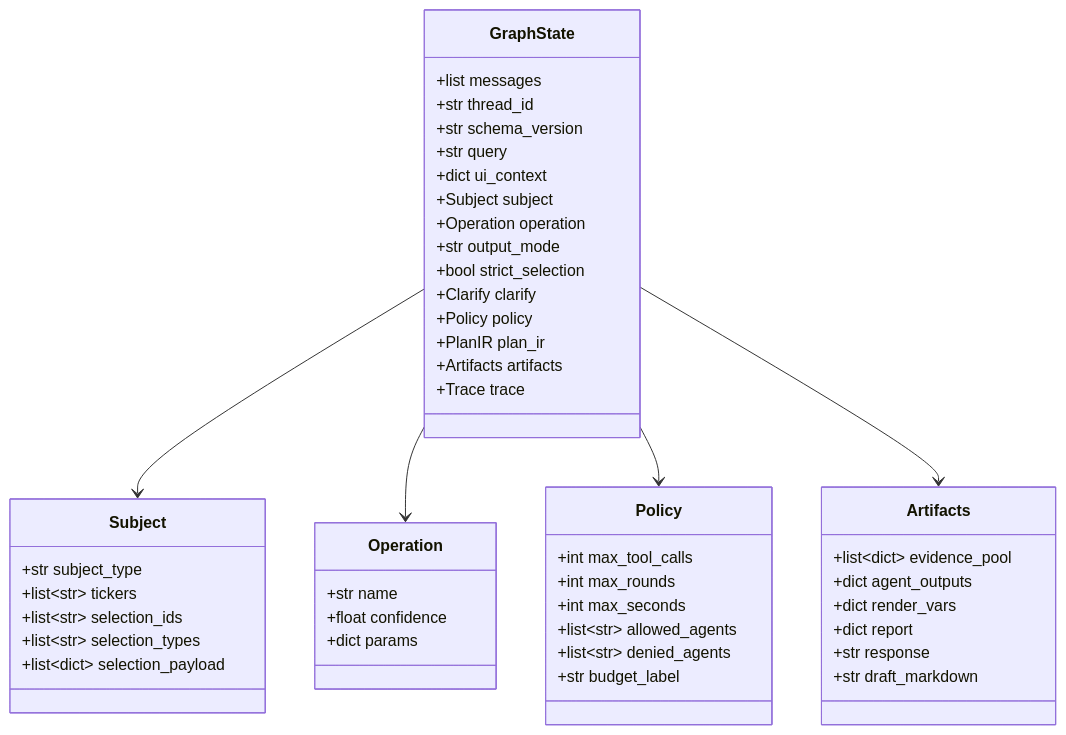
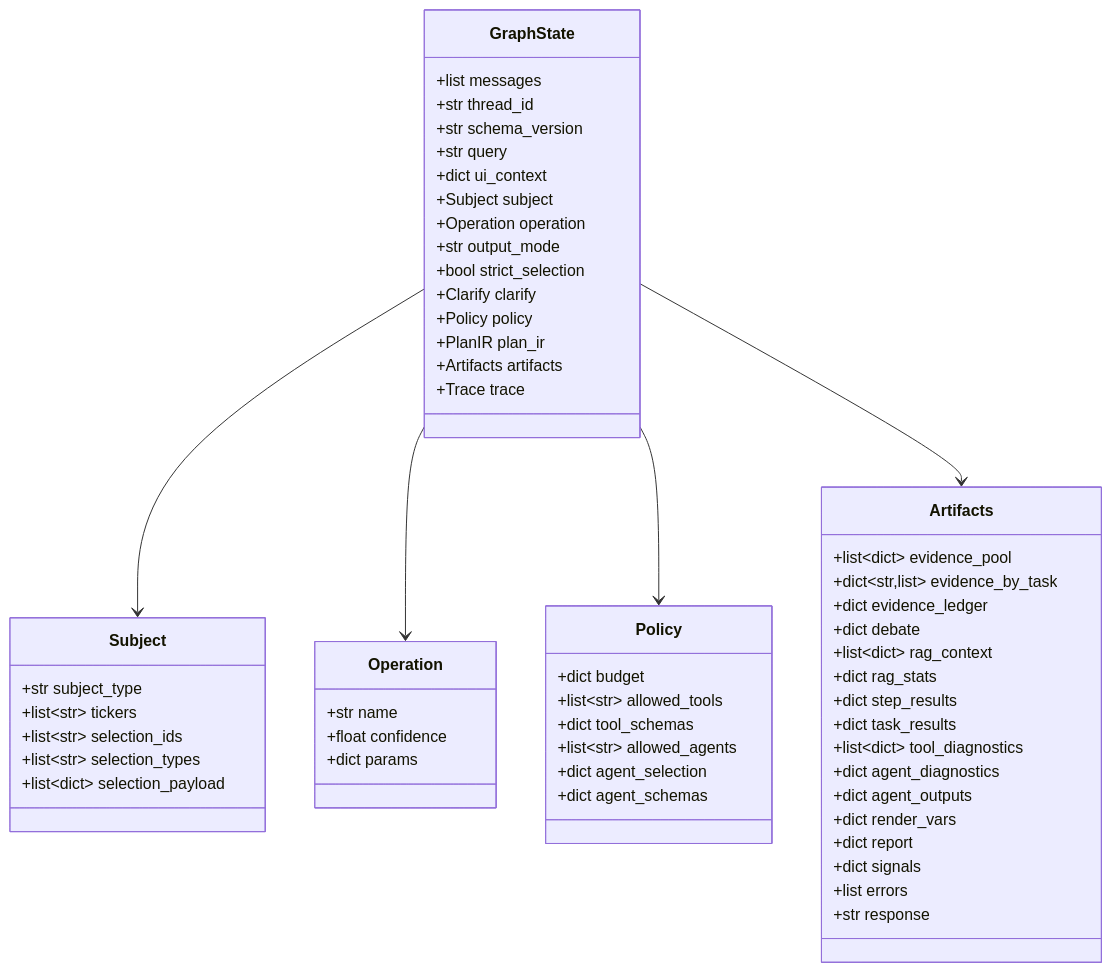
The fourth of 24 diagrams in docs/LANGGRAPH_PIPELINE_DEEP_DIVE.md (kkkano/FinSight), drawn with Mermaid before and after one commit. The commit also changed other lines of this file and 4 other files, not shown here.

````diff
--- a/docs/LANGGRAPH_PIPELINE_DEEP_DIVE.md
+++ b/docs/LANGGRAPH_PIPELINE_DEEP_DIVE.md
@@ -158,56 +158,66 @@
 ```mermaid
 classDiagram
     class GraphState {
         +list messages
         +str thread_id
         +str schema_version
         +str query
         +dict ui_context
         +Subject subject
         +Operation operation
         +str output_mode
         +bool strict_selection
         +Clarify clarify
         +Policy policy
         +PlanIR plan_ir
         +Artifacts artifacts
         +Trace trace
     }
 
     class Subject {
         +str subject_type
         +list~str~ tickers
         +list~str~ selection_ids
         +list~str~ selection_types
         +list~dict~ selection_payload
     }
 
     class Operation {
         +str name
         +float confidence
         +dict params
     }
 
     class Policy {
-        +int max_tool_calls
-        +int max_rounds
-        +int max_seconds
+        +dict budget
+        +list~str~ allowed_tools
+        +dict tool_schemas
         +list~str~ allowed_agents
-        +list~str~ denied_agents
-        +str budget_label
+        +dict agent_selection
+        +dict agent_schemas
     }
 
     class Artifacts {
         +list~dict~ evidence_pool
+        +dict~str,list~ evidence_by_task
+        +dict evidence_ledger
+        +dict debate
+        +list~dict~ rag_context
+        +dict rag_stats
+        +dict step_results
+        +dict task_results
+        +list~dict~ tool_diagnostics
+        +dict agent_diagnostics
         +dict agent_outputs
         +dict render_vars
         +dict report
+        +dict signals
+        +list errors
         +str response
-        +str draft_markdown
     }
 
     GraphState --> Subject
     GraphState --> Operation
     GraphState --> Policy
     GraphState --> Artifacts
 ```
````
